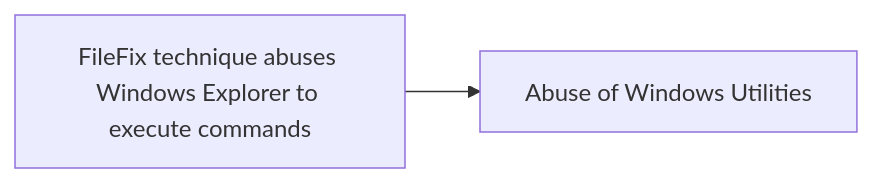
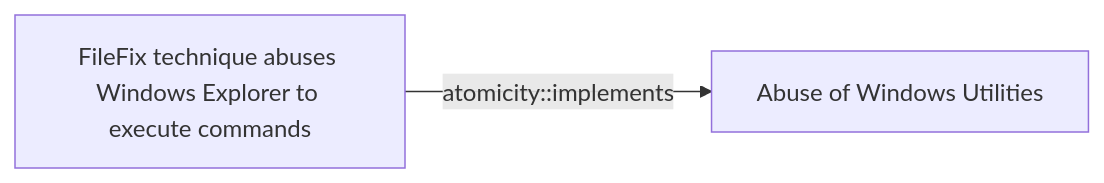
Before and after one commit to opentidehq/library: the diagram in docs/threats/filefix-technique-abuses-windows-explorer-to-execute-commands.md, drawn with Mermaid. The commit also changed other lines of this file and 277 other files, not shown here.

````diff
--- a/docs/threats/filefix-technique-abuses-windows-explorer-to-execute-commands.md
+++ b/docs/threats/filefix-technique-abuses-windows-explorer-to-execute-commands.md
@@ -50,6 +87,6 @@
 ```mermaid
 flowchart LR
 59d2eb7f_63cd_4ac4_9608_e65663fea667["FileFix technique abuses Windows Explorer to execute commands"]
 d5039f2c_9fcc_4ba3_ad6a_da8c891ba745["Abuse of Windows Utilities"]
-59d2eb7f_63cd_4ac4_9608_e65663fea667 --> d5039f2c_9fcc_4ba3_ad6a_da8c891ba745
+59d2eb7f_63cd_4ac4_9608_e65663fea667 -->|atomicity::implements| d5039f2c_9fcc_4ba3_ad6a_da8c891ba745
 ```
````
